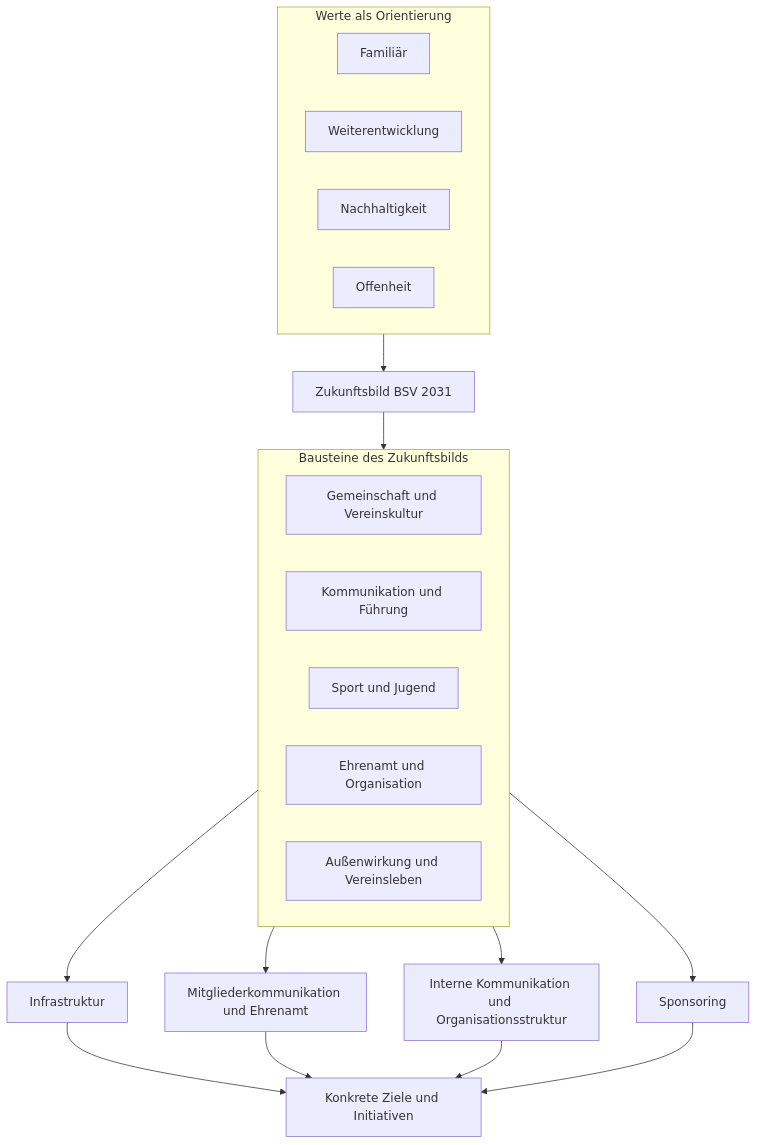
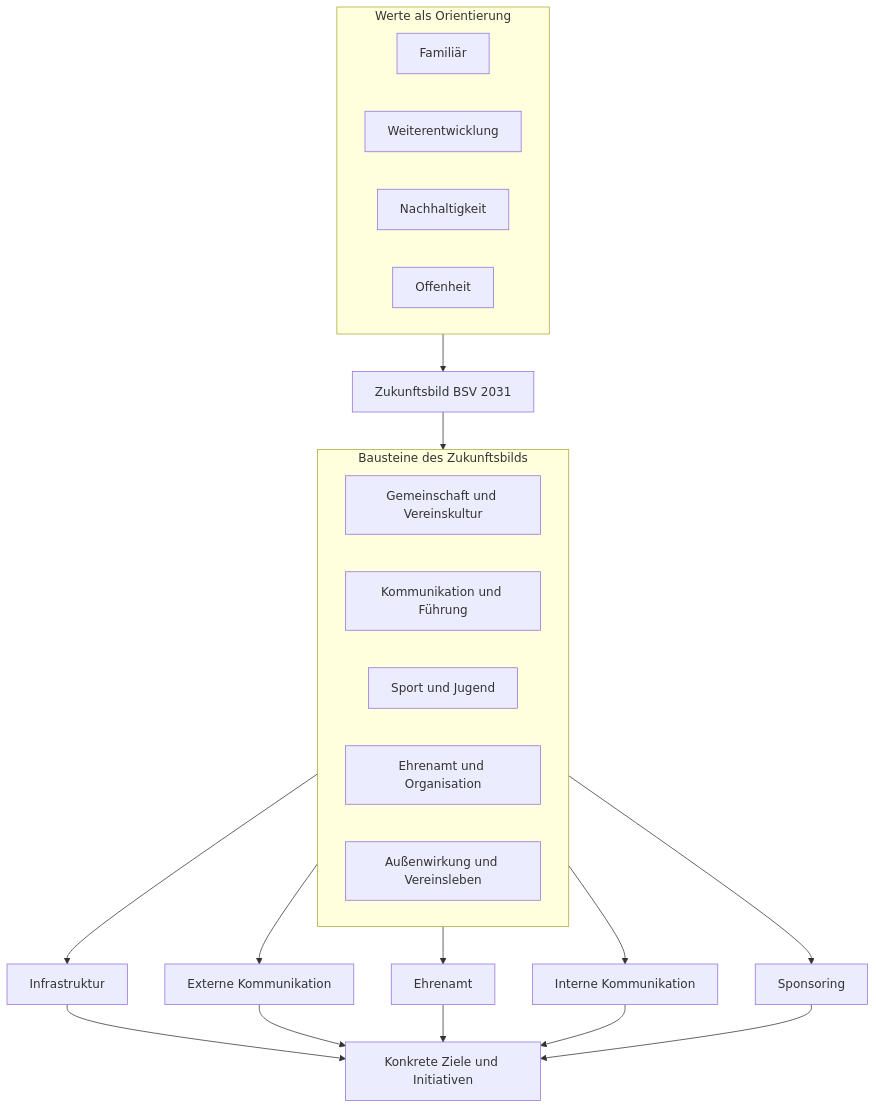
Before and after one commit to Gerinjo/bsv-strategie-2031: the diagram in diagramme/strategie-architektur.md, drawn with Mermaid. The commit also changed other lines of this file and 16 other files, not shown here.

````diff
--- a/diagramme/strategie-architektur.md
+++ b/diagramme/strategie-architektur.md
@@ -5,30 +5,32 @@
 ```mermaid
 flowchart TD
     subgraph W[Werte als Orientierung]
         W1[Familiär]
         W2[Weiterentwicklung]
         W3[Nachhaltigkeit]
         W4[Offenheit]
     end
 
     W --> Z[Zukunftsbild BSV 2031]
 
     subgraph B[Bausteine des Zukunftsbilds]
         B1[Gemeinschaft und Vereinskultur]
         B2[Kommunikation und Führung]
         B3[Sport und Jugend]
         B4[Ehrenamt und Organisation]
         B5[Außenwirkung und Vereinsleben]
     end
 
     Z --> B
     B --> S1[Infrastruktur]
-    B --> S2[Mitgliederkommunikation und Ehrenamt]
-    B --> S3[Interne Kommunikation und Organisationsstruktur]
-    B --> S4[Sponsoring]
+    B --> S2[Externe Kommunikation]
+    B --> S3[Ehrenamt]
+    B --> S4[Interne Kommunikation]
+    B --> S5[Sponsoring]
 
     S1 --> I[Konkrete Ziele und Initiativen]
     S2 --> I
     S3 --> I
     S4 --> I
+    S5 --> I
 ```
````
